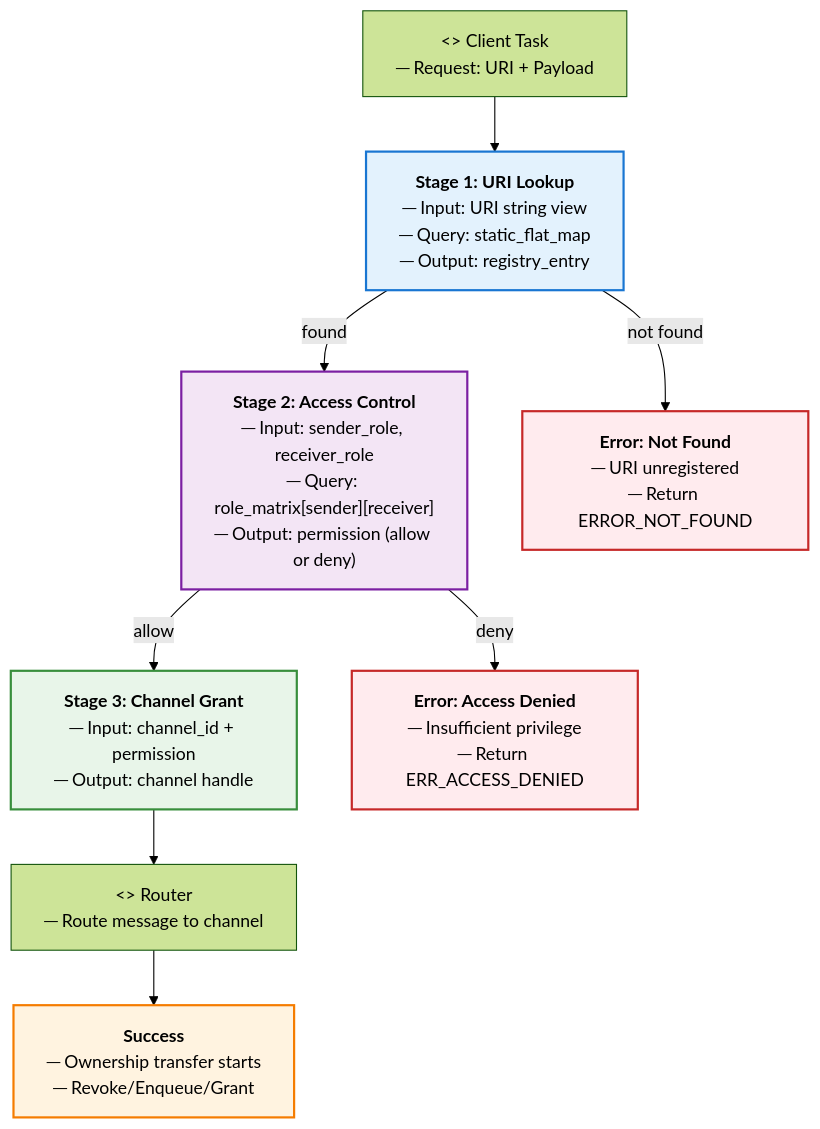
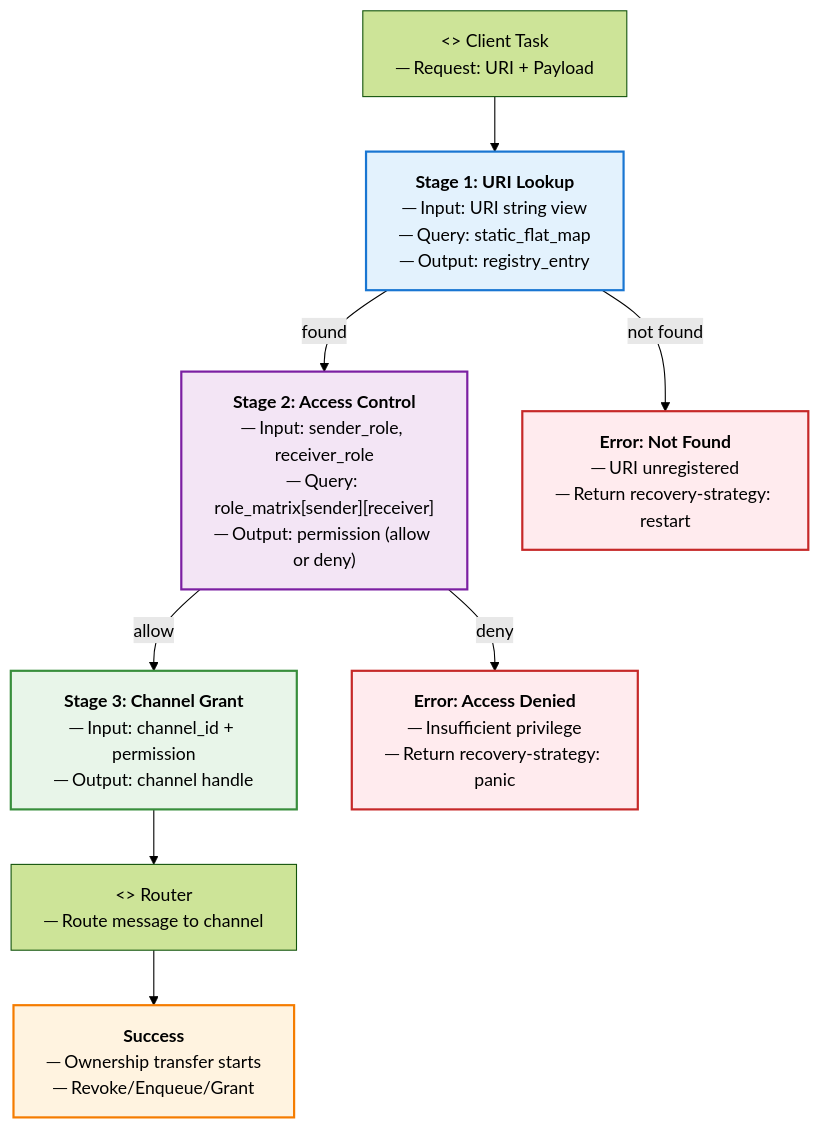
The second of 6 diagrams in docs/components/tier1_interface/ipc_router.md (kmt-t/fireball), drawn with Mermaid (forest theme) before and after one commit. The commit also changed 2 other files, not shown here.

Commit message:
docs(coos): specify Symmetric Transfer for CSP Handoff and update IPC diagram in Track 2

````diff
--- a/docs/components/tier1_interface/ipc_router.md
+++ b/docs/components/tier1_interface/ipc_router.md
@@ -118,33 +118,33 @@
 ```mermaid
 graph TD
     Client["<<block>> Client Task<br/>─ Request: URI + Payload"]
     
     Lookup["<b>Stage 1: URI Lookup</b><br/>─ Input: URI string view<br/>─ Query: static_flat_map<br/>─ Output: registry_entry"]
     
     ACCheck["<b>Stage 2: Access Control</b><br/>─ Input: sender_role, receiver_role<br/>─ Query: role_matrix[sender][receiver]<br/>─ Output: permission (allow or deny)"]
     
     ChGrant["<b>Stage 3: Channel Grant</b><br/>─ Input: channel_id + permission<br/>─ Output: channel handle"]
     
     Router["<<block>> Router<br/>─ Route message to channel"]
     
-    Error1["<b>Error: Not Found</b><br/>─ URI unregistered<br/>─ Return ERROR_NOT_FOUND"]
+    Error1["<b>Error: Not Found</b><br/>─ URI unregistered<br/>─ Return recovery-strategy: restart"]
     
-    Error2["<b>Error: Access Denied</b><br/>─ Insufficient privilege<br/>─ Return ERR_ACCESS_DENIED"]
+    Error2["<b>Error: Access Denied</b><br/>─ Insufficient privilege<br/>─ Return recovery-strategy: panic"]
     
     Success["<b>Success</b><br/>─ Ownership transfer starts<br/>─ Revoke/Enqueue/Grant"]
     
     Client --> Lookup
     Lookup -->|found| ACCheck
     Lookup -->|not found| Error1
     ACCheck -->|allow| ChGrant
     ACCheck -->|deny| Error2
     ChGrant --> Router
     Router --> Success
     
     style Lookup fill:#e3f2fd,stroke:#1976d2,stroke-width:2px
     style ACCheck fill:#f3e5f5,stroke:#7b1fa2,stroke-width:2px
     style ChGrant fill:#e8f5e9,stroke:#388e3c,stroke-width:2px
     style Success fill:#fff3e0,stroke:#f57c00,stroke-width:2px
     style Error1 fill:#ffebee,stroke:#c62828,stroke-width:2px
     style Error2 fill:#ffebee,stroke:#c62828,stroke-width:2px
 ```
````
